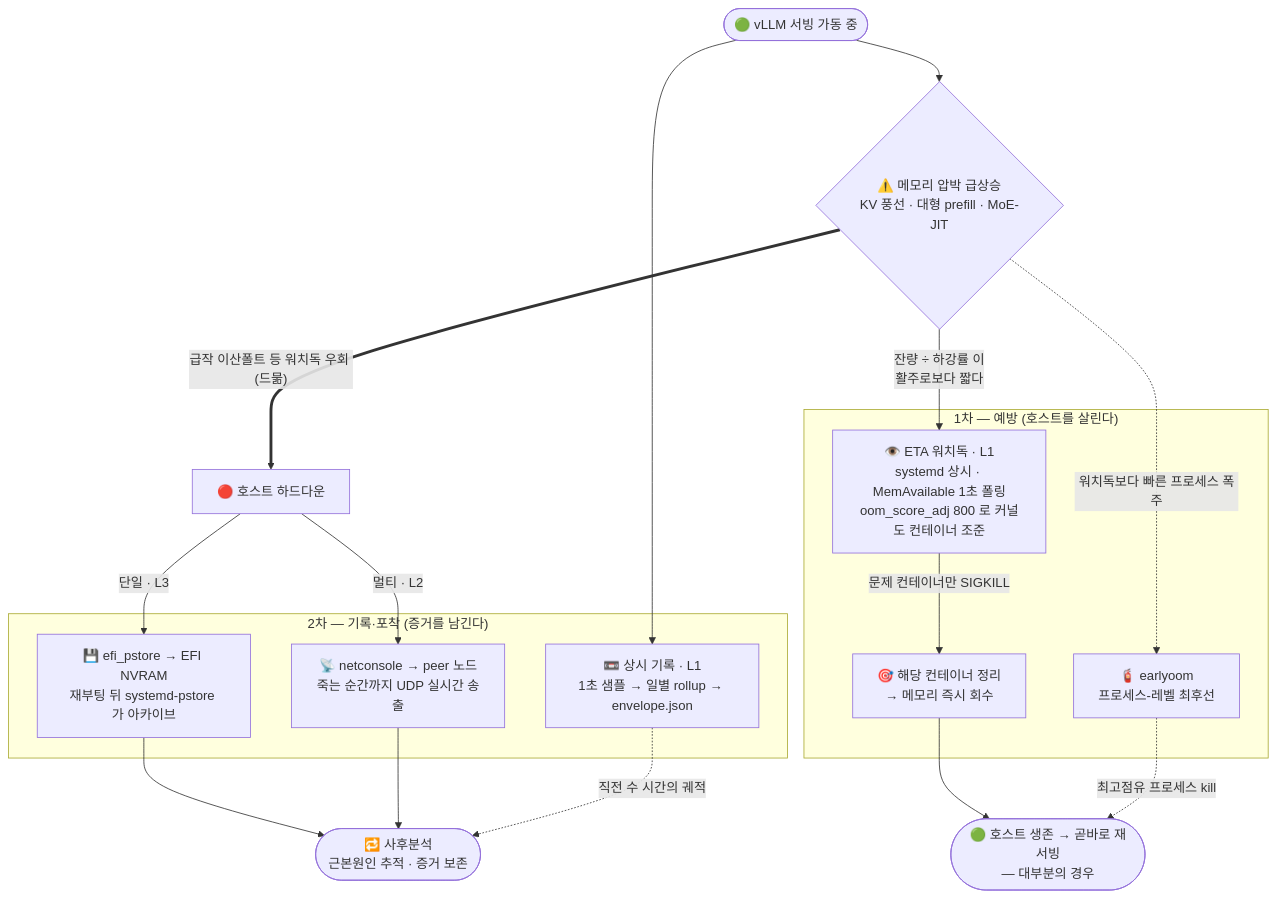
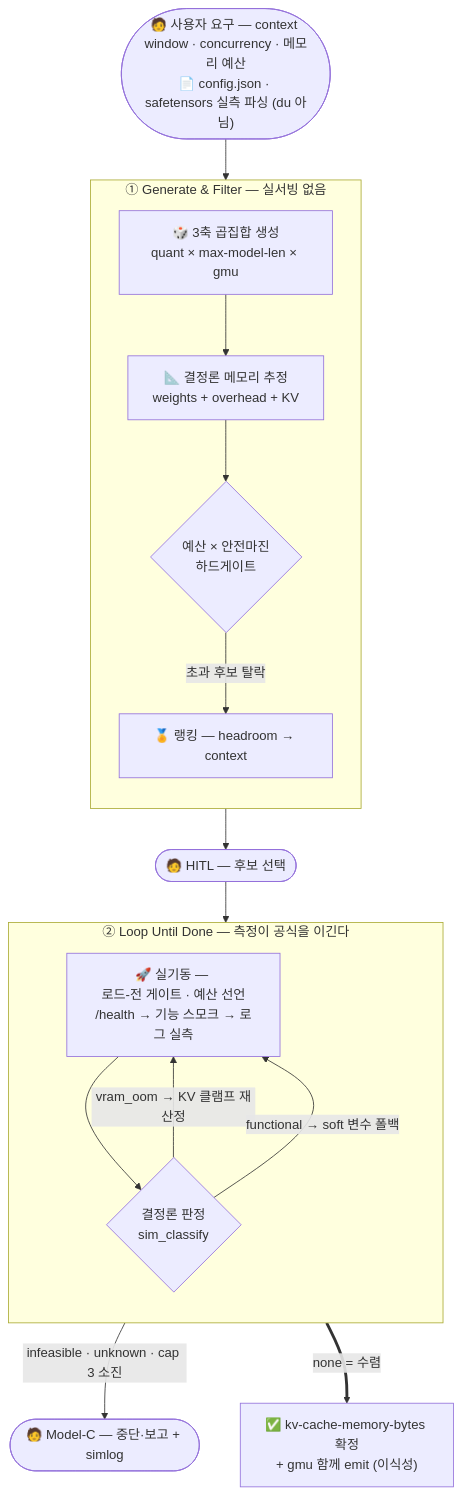
Before and after one commit to tbvjvsladla/easy_vllm_simulator: the second of 4 diagrams in README.md, drawn with Mermaid. The commit also changed other lines of this file and 7 other files, not shown here.

````diff
--- a/README.md
+++ b/README.md
@@ -211,30 +326,27 @@
 ```mermaid
 flowchart TD
-    START(["🟢 vLLM 서빙 가동 중"]) --> REC["📼 상시 기록 · L1<br/>1초 샘플 → 일별 rollup → envelope.json"]
-    START --> SPIKE{"⚠️ 메모리 압박 급상승<br/>KV 풍선 · 대형 prefill · MoE-JIT"}
+    REQ(["🧑 사용자 요구 — context window · concurrency · 메모리 예산<br/>📄 config.json · safetensors 실측 파싱 (du 아님)"])
 
-    SPIKE -- "잔량 ÷ 하강률 이<br/>활주로보다 짧다" --> WD["👁️ ETA 워치독 · L1<br/>systemd 상시 · MemAvailable 1초 폴링<br/>oom_score_adj 800 로 커널도 컨테이너 조준"]
-    WD -- "문제 컨테이너만 SIGKILL" --> KILL["🎯 해당 컨테이너 정리<br/>→ 메모리 즉시 회수"]
-    KILL --> SURVIVE(["🟢 호스트 생존 → 곧바로 재서빙<br/>— 대부분의 경우"])
+    subgraph GF ["① Generate &amp; Filter — 실서빙 없음"]
+        direction TB
+        GEN["🎲 3축 곱집합 생성<br/>quant × max-model-len × gmu"]
+        GEN --> EST["📐 결정론 메모리 추정<br/>weights + overhead + KV"]
+        EST --> FLT{"예산 × 안전마진<br/>하드게이트"}
+        FLT -- "초과 후보 탈락" --> RANK["🏅 랭킹 — headroom → context"]
+    end
 
-    SPIKE -. "워치독보다 빠른 프로세스 폭주" .-> EO["🧯 earlyoom<br/>프로세스-레벨 최후선"]
-    EO -. "최고점유 프로세스 kill" .-> SURVIVE
+    REQ --> GEN
+    RANK --> PICK(["🧑 HITL — 후보 선택"])
 
-    SPIKE == "급작 이산폴트 등 워치독 우회 (드묾)" ==> DOWN["🔴 호스트 하드다운"]
-    DOWN -- "단일 · L3" --> PS["💾 efi_pstore → EFI NVRAM<br/>재부팅 뒤 systemd-pstore 가 아카이브"]
-    DOWN -- "멀티 · L2" --> NC["📡 netconsole → peer 노드<br/>죽는 순간까지 UDP 실시간 송출"]
-    PS --> ANALYZE(["🔁 사후분석<br/>근본원인 추적 · 증거 보존"])
-    NC --> ANALYZE
-    REC -. "직전 수 시간의 궤적" .-> ANALYZE
+    subgraph LP ["② Loop Until Done — 측정이 공식을 이긴다"]
+        direction TB
+        TRY["🚀 실기동 — <br/>로드-전 게이트 · 예산 선언<br/>/health → 기능 스모크 → 로그 실측"]
+        TRY --> CLS{"결정론 판정<br/>sim_classify"}
+        CLS -- "vram_oom → KV 클램프 재산정" --> TRY
+        CLS -- "functional → soft 변수 폴백" --> TRY
+    end
 
-    subgraph L1G ["1차 — 예방 (호스트를 살린다)"]
-        WD
-        KILL
-        EO
-    end
-    subgraph L2G ["2차 — 기록·포착 (증거를 남긴다)"]
-        REC
-        PS
-        NC
-    end
+    PICK --> TRY
+    CLS -- "infeasible · unknown · cap 3 소진" --> HALT(["🧑 Model-C — 중단·보고 + simlog"])
+    CLS == "none = 수렴" ==> DONE["✅ kv-cache-memory-bytes 확정<br/>+ gmu 함께 emit (이식성)"]
 ```
````
